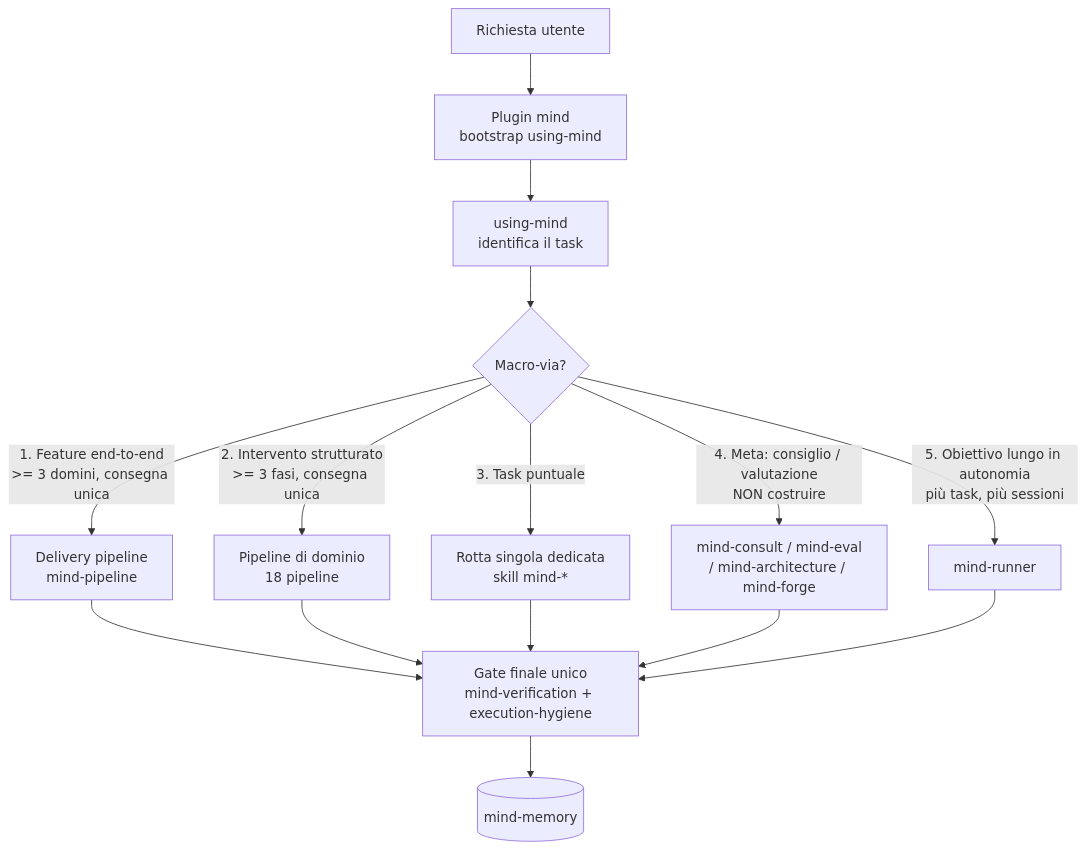
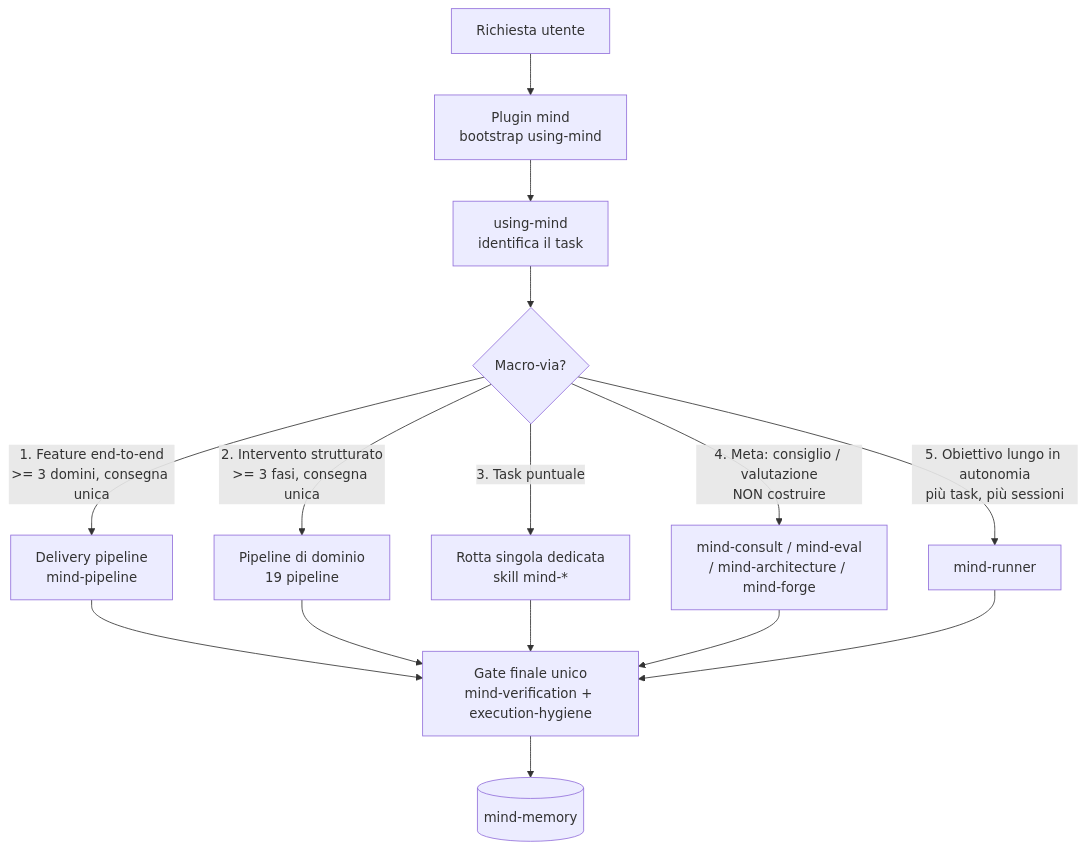
Before and after one commit to Kyriga-CGX/mind-system: the third of 9 diagrams in docs/system-diagram.md, drawn with Mermaid. The commit also changed other lines of this file and 39 other files, not shown here.

````diff
--- a/docs/system-diagram.md
+++ b/docs/system-diagram.md
@@ -78,17 +78,17 @@
 ```mermaid
 flowchart TD
     IN[Richiesta utente] --> P[Plugin mind<br/>bootstrap using-mind]
     P --> O[using-mind<br/>identifica il task]
     O --> D{Macro-via?}
     D -->|1. Feature end-to-end<br/>>= 3 domini, consegna unica| M1[Delivery pipeline<br/>mind-pipeline]
-    D -->|2. Intervento strutturato<br/>>= 3 fasi, consegna unica| M2[Pipeline di dominio<br/>18 pipeline]
+    D -->|2. Intervento strutturato<br/>>= 3 fasi, consegna unica| M2[Pipeline di dominio<br/>19 pipeline]
     D -->|3. Task puntuale| M3[Rotta singola dedicata<br/>skill mind-*]
     D -->|4. Meta: consiglio / valutazione<br/>NON costruire| M4[mind-consult / mind-eval<br/>/ mind-architecture / mind-forge]
     D -->|5. Obiettivo lungo in autonomia<br/>più task, più sessioni| M5[mind-runner]
     M1 --> G[Gate finale unico<br/>mind-verification + execution-hygiene]
     M2 --> G
     M3 --> G
     M4 --> G
     M5 --> G
     G --> MEM[(mind-memory)]
 ```
````
